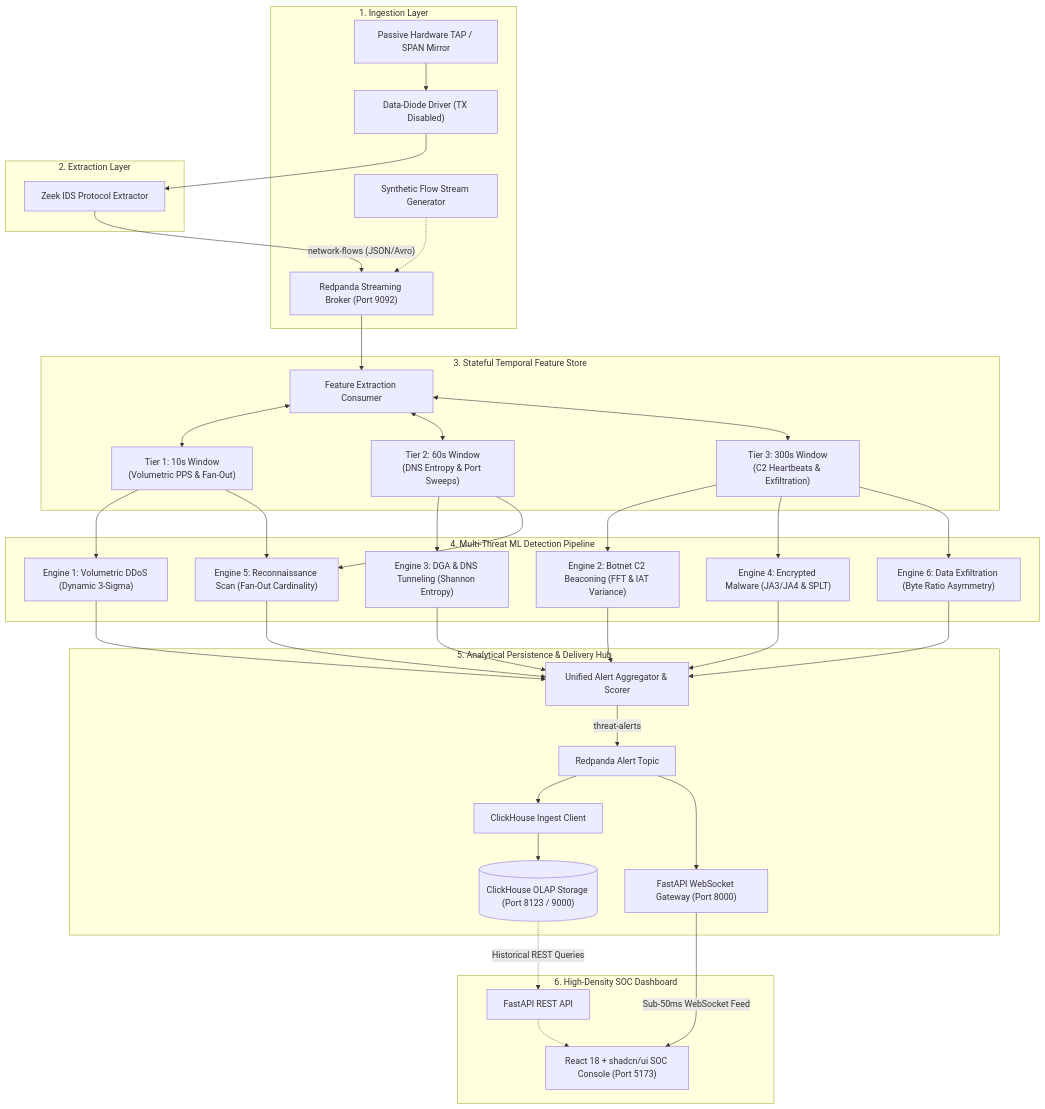
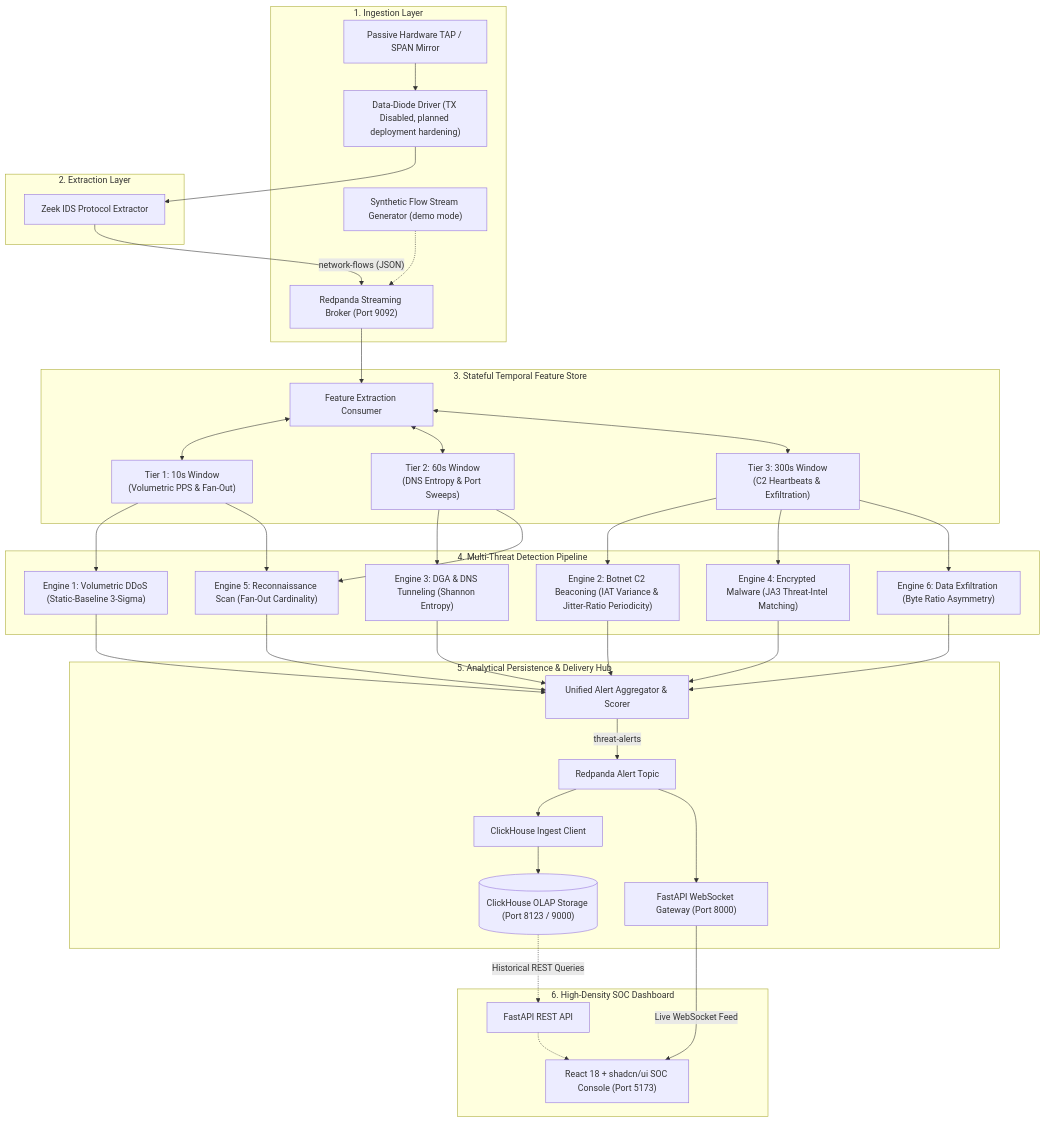
The diagram in README.md (RaKa8904/ThreatLens), drawn with Mermaid before and after one commit. The commit also changed other lines of this file and 21 other files, not shown here.

````diff
--- a/README.md
+++ b/README.md
@@ -23,43 +22,45 @@
 ```mermaid
 flowchart TD
     subgraph IngestLayer ["1. Ingestion Layer"]
-        TAP["Passive Hardware TAP / SPAN Mirror"] --> Diode["Data-Diode Driver (TX Disabled)"]
-        MockProducer["Synthetic Flow Stream Generator"] -.-> Redpanda
+        TAP["Passive Hardware TAP / SPAN Mirror"]
+        Diode["Data-Diode Driver (TX Disabled, planned deployment hardening)"]
+        TAP --> Diode
+        MockProducer["Synthetic Flow Stream Generator (demo mode)"] -.-> Redpanda
     end
 
     subgraph ExtractionLayer ["2. Extraction Layer"]
         Diode --> Zeek["Zeek IDS Protocol Extractor"]
-        Zeek -->|"network-flows (JSON/Avro)"| Redpanda["Redpanda Streaming Broker (Port 9092)"]
+        Zeek -->|"network-flows (JSON)"| Redpanda["Redpanda Streaming Broker (Port 9092)"]
     end
 
     subgraph FeatureLayer ["3. Stateful Temporal Feature Store"]
         Redpanda --> StreamWorker["Feature Extraction Consumer"]
         StreamWorker <--> Redis10["Tier 1: 10s Window\n(Volumetric PPS & Fan-Out)"]
         StreamWorker <--> Redis60["Tier 2: 60s Window\n(DNS Entropy & Port Sweeps)"]
         StreamWorker <--> Redis300["Tier 3: 300s Window\n(C2 Heartbeats & Exfiltration)"]
     end
 
-    subgraph DetectionLayer ["4. Multi-Threat ML Detection Pipeline"]
-        Redis10 --> E1["Engine 1: Volumetric DDoS (Dynamic 3-Sigma)"]
+    subgraph DetectionLayer ["4. Multi-Threat Detection Pipeline"]
+        Redis10 --> E1["Engine 1: Volumetric DDoS (Static-Baseline 3-Sigma)"]
         Redis10 --> E5["Engine 5: Reconnaissance Scan (Fan-Out Cardinality)"]
         Redis60 --> E3["Engine 3: DGA & DNS Tunneling (Shannon Entropy)"]
         Redis60 --> E5
-        Redis300 --> E2["Engine 2: Botnet C2 Beaconing (FFT & IAT Variance)"]
-        Redis300 --> E4["Engine 4: Encrypted Malware (JA3/JA4 & SPLT)"]
+        Redis300 --> E2["Engine 2: Botnet C2 Beaconing (IAT Variance & Jitter-Ratio Periodicity)"]
+        Redis300 --> E4["Engine 4: Encrypted Malware (JA3 Threat-Intel Matching)"]
         Redis300 --> E6["Engine 6: Data Exfiltration (Byte Ratio Asymmetry)"]
     end
 
     subgraph DeliveryLayer ["5. Analytical Persistence & Delivery Hub"]
         E1 & E2 & E3 & E4 & E5 & E6 --> Aggregator["Unified Alert Aggregator & Scorer"]
         Aggregator -->|"threat-alerts"| AlertBus["Redpanda Alert Topic"]
         AlertBus --> CHClient["ClickHouse Ingest Client"]
         AlertBus --> WSHub["FastAPI WebSocket Gateway (Port 8000)"]
         CHClient --> ClickHouse[("ClickHouse OLAP Storage (Port 8123 / 9000)")]
     end
 
     subgraph PresentationLayer ["6. High-Density SOC Dashboard"]
-        WSHub -->|"Sub-50ms WebSocket Feed"| SOC["React 18 + shadcn/ui SOC Console (Port 5173)"]
+        WSHub -->|"Live WebSocket Feed"| SOC["React 18 + shadcn/ui SOC Console (Port 5173)"]
         ClickHouse -.->|"Historical REST Queries"| FastAPIRest["FastAPI REST API"]
         FastAPIRest -.-> SOC
     end
 ```
````
